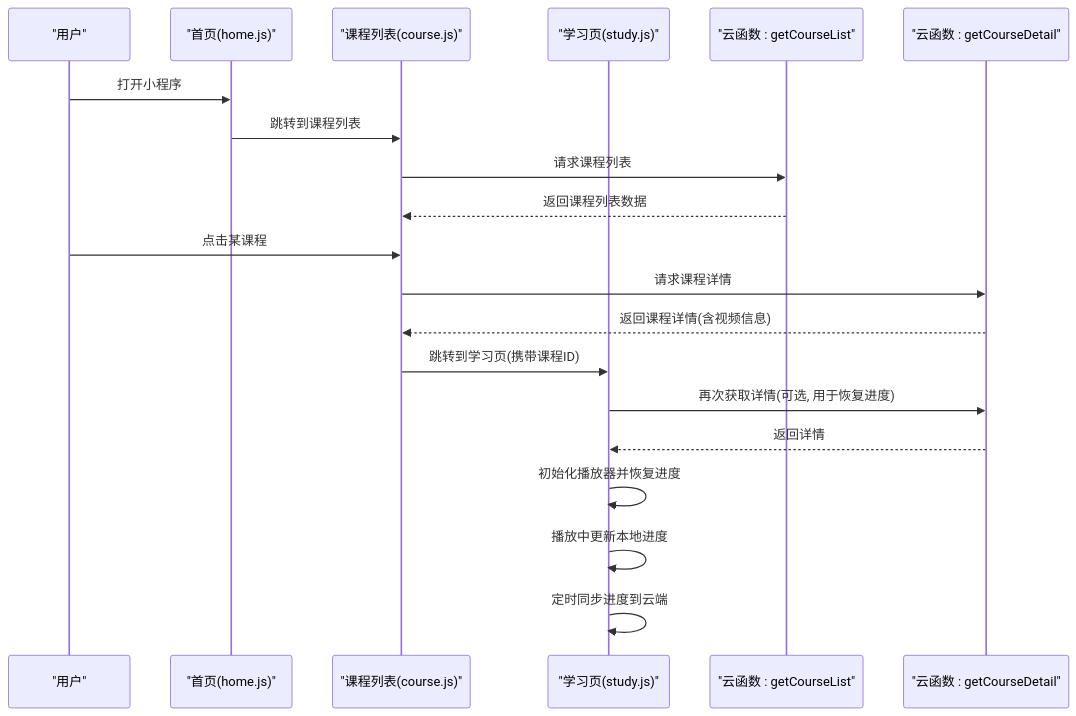
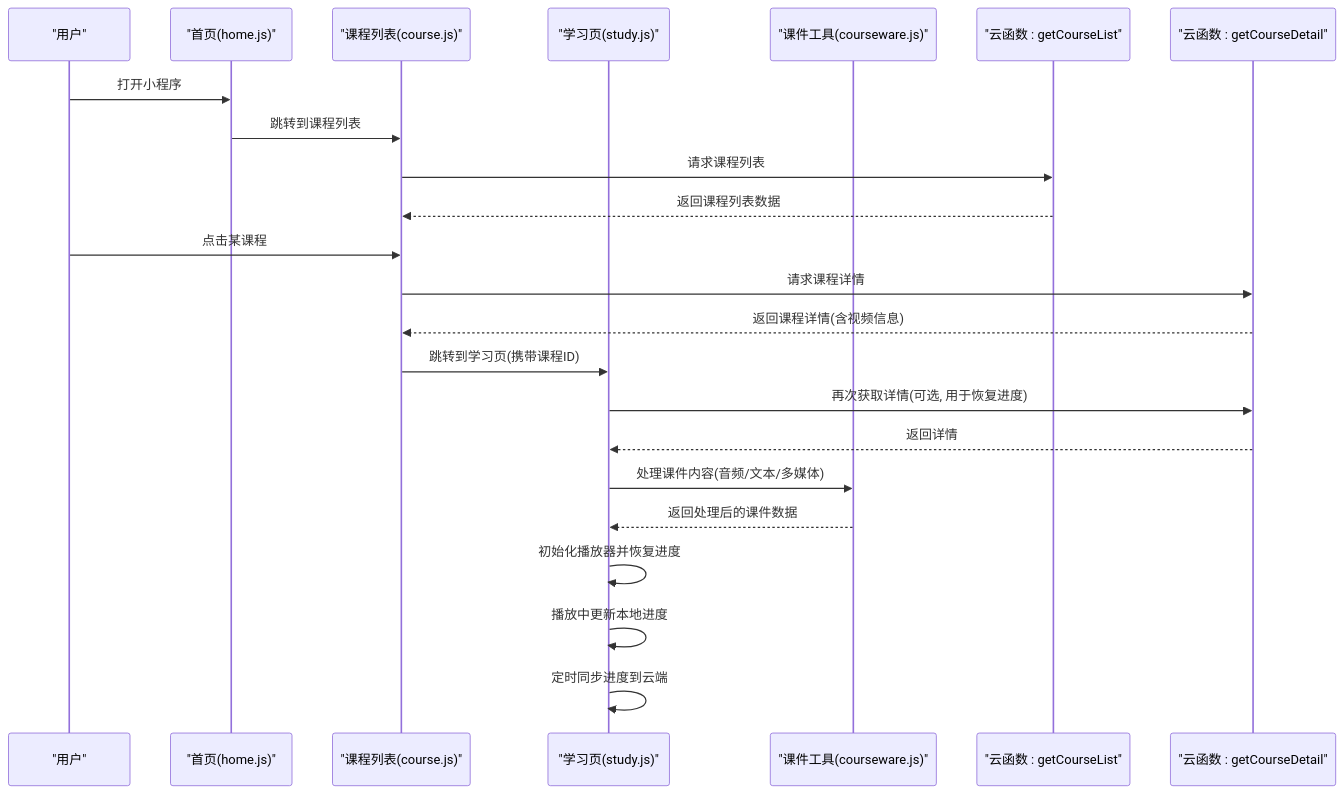
The second of 4 diagrams in .qoder/repowiki/zh/content/核心功能模块/课程学习系统/课程学习系统.md (cwb7756/bio), drawn with Mermaid before and after one commit. The commit also changed other lines of this file and 45 other files, not shown here.

````diff
--- a/.qoder/repowiki/zh/content/核心功能模块/课程学习系统/课程学习系统.md
+++ b/.qoder/repowiki/zh/content/核心功能模块/课程学习系统/课程学习系统.md
@@ -113,22 +125,25 @@
 ```mermaid
 sequenceDiagram
 participant U as "用户"
 participant H as "首页(home.js)"
 participant C as "课程列表(course.js)"
 participant S as "学习页(study.js)"
+participant CW as "课件工具(courseware.js)"
 participant CL as "云函数 : getCourseList"
 participant CD as "云函数 : getCourseDetail"
 U->>H : 打开小程序
 H->>C : 跳转到课程列表
 C->>CL : 请求课程列表
 CL-->>C : 返回课程列表数据
 U->>C : 点击某课程
 C->>CD : 请求课程详情
 CD-->>C : 返回课程详情(含视频信息)
 C->>S : 跳转到学习页(携带课程ID)
 S->>CD : 再次获取详情(可选, 用于恢复进度)
 CD-->>S : 返回详情
+S->>CW : 处理课件内容(音频/文本/多媒体)
+CW-->>S : 返回处理后的课件数据
 S->>S : 初始化播放器并恢复进度
 S->>S : 播放中更新本地进度
 S->>S : 定时同步进度到云端
 ```
````
